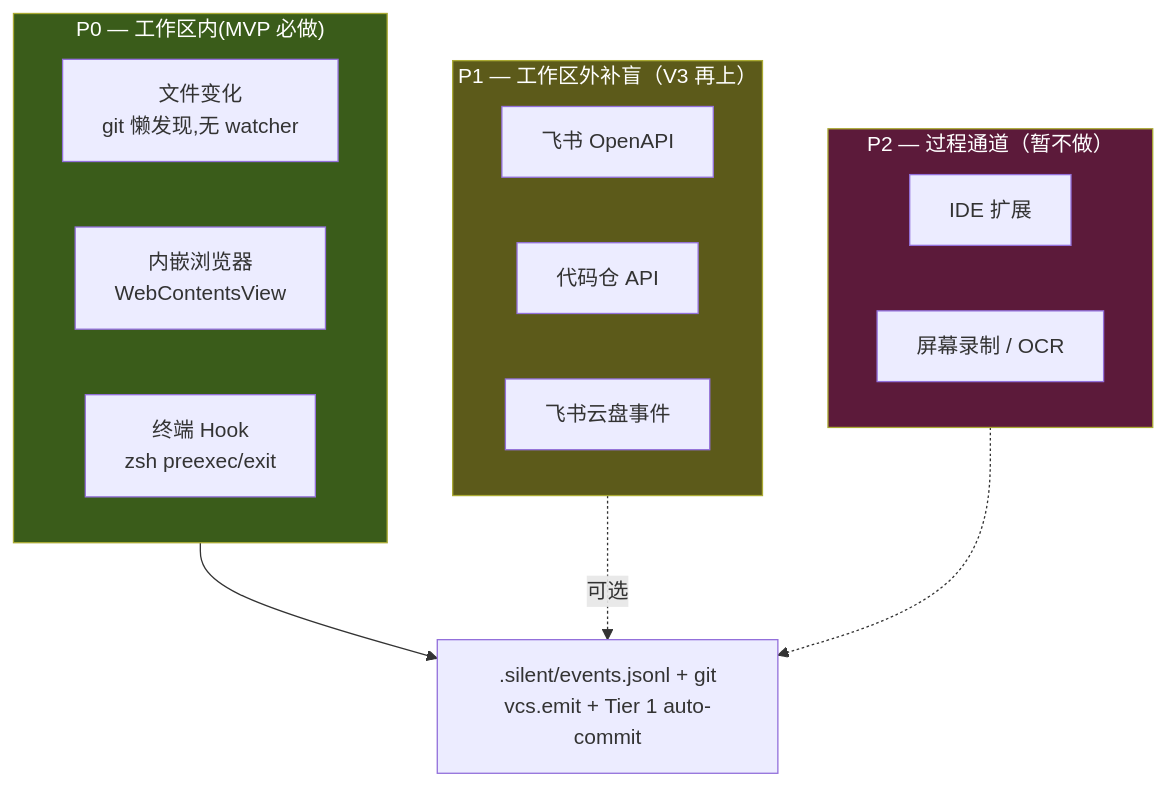
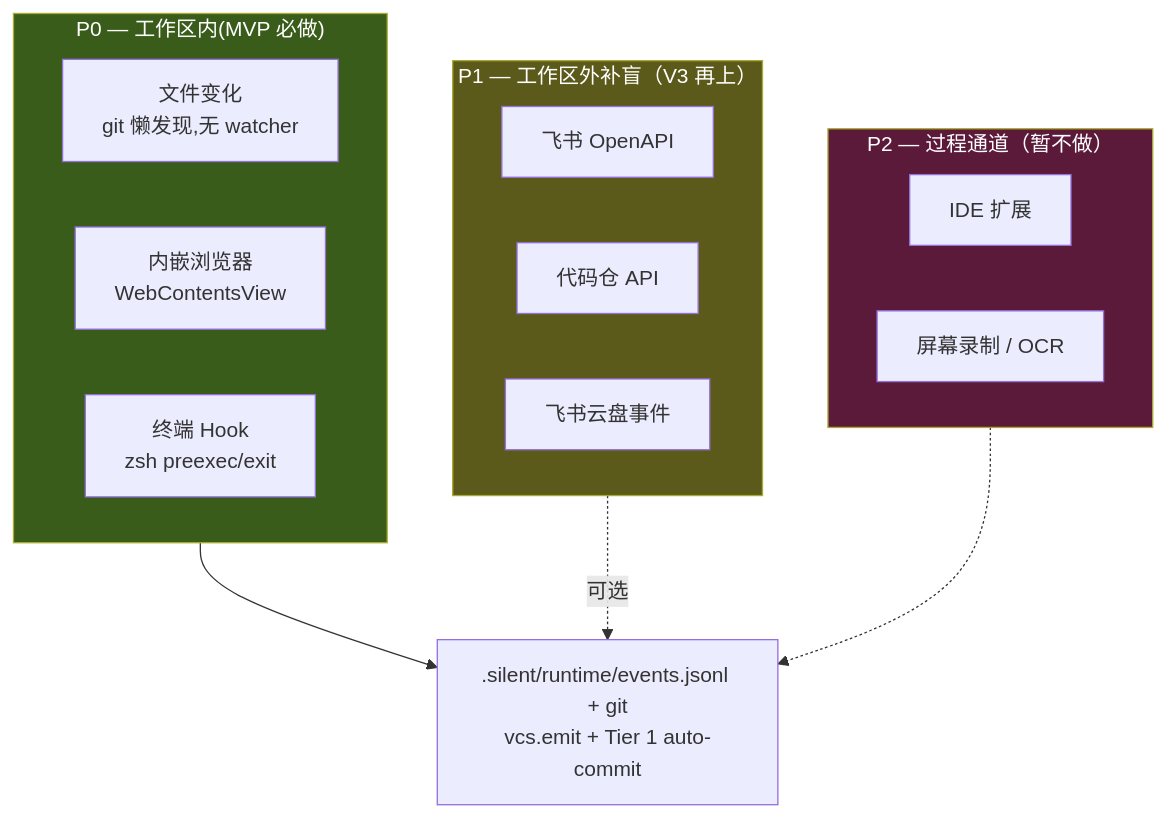
One commit to jimuyang/silent-agent changed the diagram in design/05-observation-channels.md. Above: the diagram before and after it, drawn with Mermaid. The commit also changed other lines of this file and 3 other files, not shown here.

First line of the commit message:
docs: align references to .silent/runtime/ split (post a6a2c13)

````diff
--- a/design/05-observation-channels.md
+++ b/design/05-observation-channels.md
@@ -21,30 +21,30 @@
 ```mermaid
 flowchart TB
     subgraph P0["P0 — 工作区内(MVP 必做)"]
         direction LR
         P01[文件变化<br/>git 懒发现,无 watcher]
         P02[内嵌浏览器<br/>WebContentsView]
         P03[终端 Hook<br/>zsh preexec/exit]
     end
 
     subgraph P1["P1 — 工作区外补盲（V3 再上）"]
         direction LR
         P11[飞书 OpenAPI]
         P12[代码仓 API]
         P13[飞书云盘事件]
     end
 
     subgraph P2["P2 — 过程通道（暂不做）"]
         direction LR
         P21[IDE 扩展]
         P22[屏幕录制 / OCR]
     end
 
-    P0 --> AGG[".silent/events.jsonl + git<br/>vcs.emit + Tier 1 auto-commit"]
+    P0 --> AGG[".silent/runtime/events.jsonl + git<br/>vcs.emit + Tier 1 auto-commit"]
     P1 -.可选.-> AGG
     P2 -.-> AGG
 
     style P0 fill:#3a5c1a,color:#fff
     style P1 fill:#5c5a1a,color:#fff
     style P2 fill:#5c1a3a,color:#fff
 ```
````
